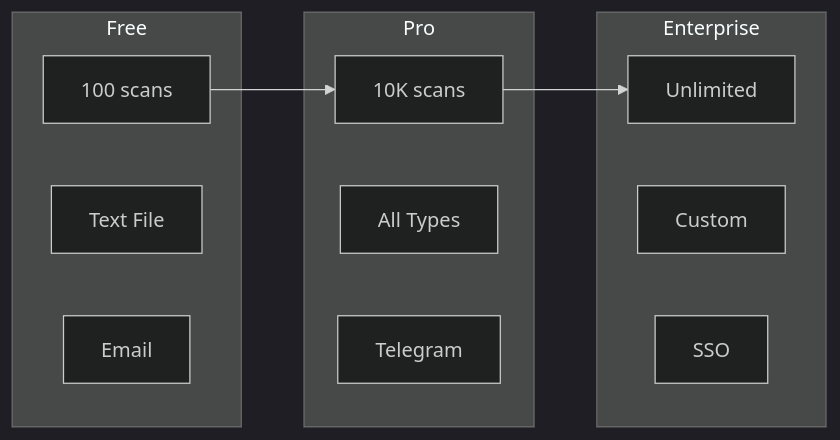
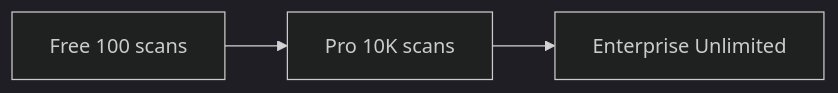
The first of 6 diagrams in README.md (Khan-Feroz211/MyCyber-Project), drawn with Mermaid (dark theme) before and after one commit. The commit also changed other lines of this file, not shown here.

Commit message:
docs: use ultra-simple mermaid syntax for guaranteed GitHub rendering

````diff
--- a/README.md
+++ b/README.md
@@ -91,19 +91,5 @@
 ```mermaid
 graph LR
-    subgraph Free
-        F1[100 scans]
-        F2[Text File]
-        F3[Email]
-    end
-    subgraph Pro
-        P1[10K scans]
-        P2[All Types]
-        P3[Telegram]
-    end
-    subgraph Enterprise
-        E1[Unlimited]
-        E2[Custom]
-        E3[SSO]
-    end
-    F1 --> P1 --> E1
+    Free[Free 100 scans] --> Pro[Pro 10K scans]
+    Pro --> Enterprise[Enterprise Unlimited]
 ```
````
